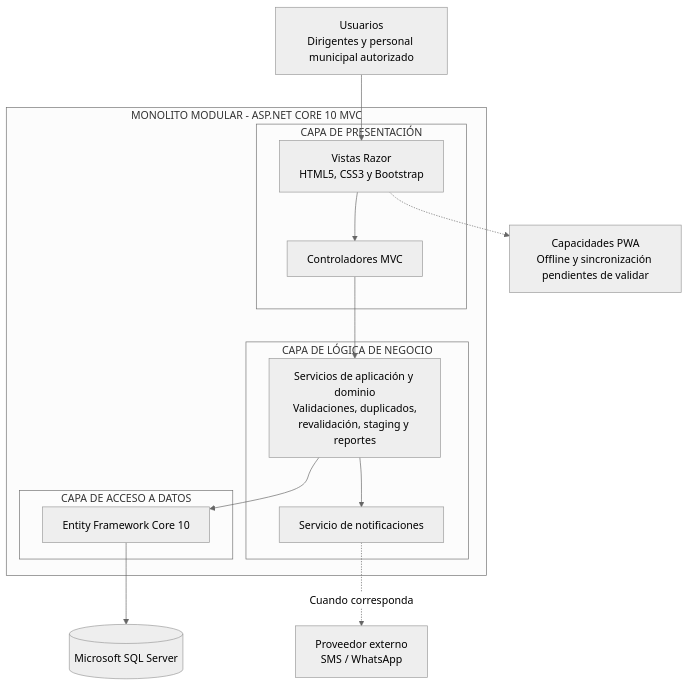
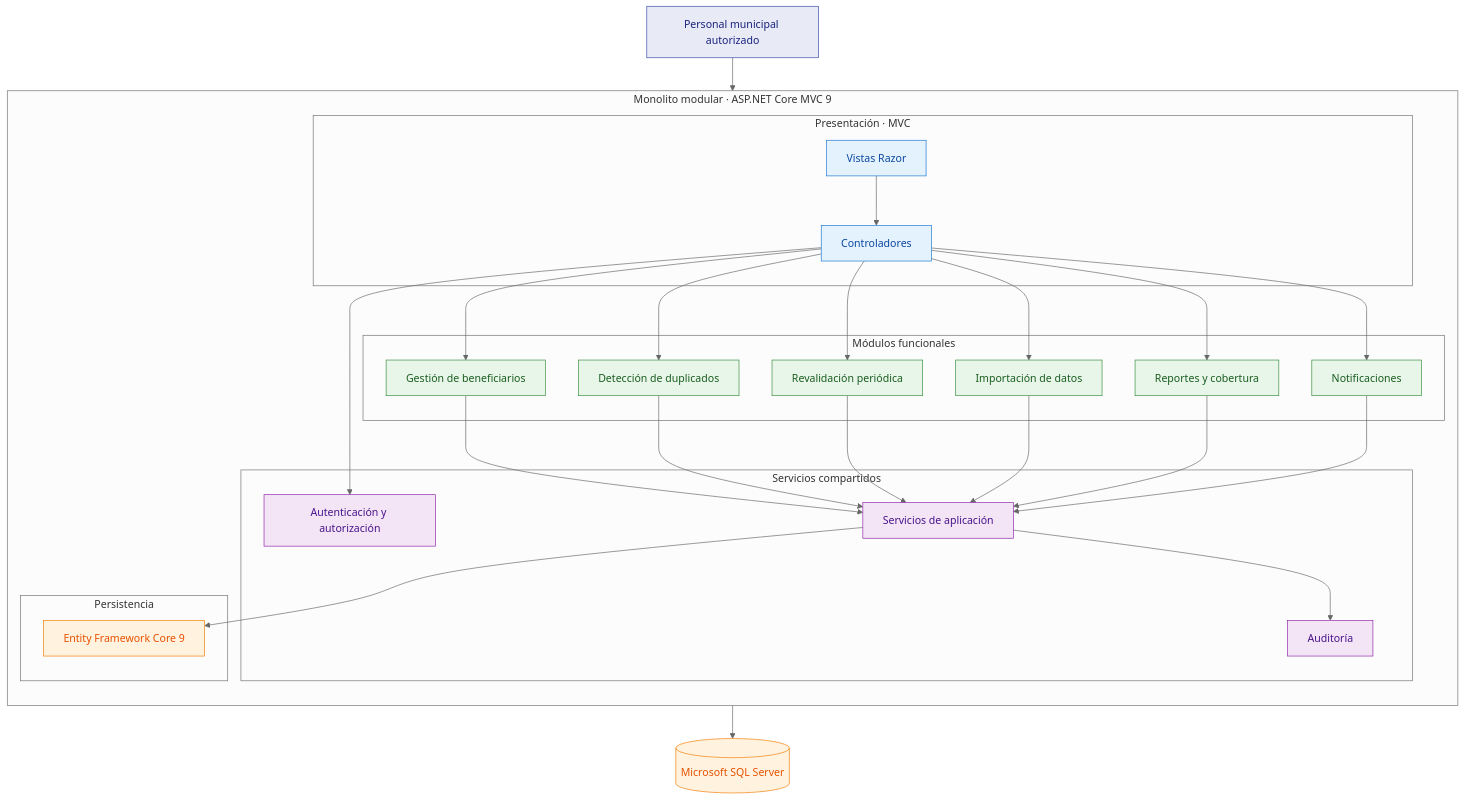
One commit to Yey-Cardenas/Programas-Sociales changed the diagram in arquitectura/estilo-arquitectonico.md. Above: the diagram before and after it, drawn with Mermaid (neutral theme). The commit also changed other lines of this file and 12 other files, not shown here.

````diff
--- a/arquitectura/estilo-arquitectonico.md
+++ b/arquitectura/estilo-arquitectonico.md
@@ -47,33 +87,69 @@
-```mermaid
+```mermaid id="estilo_modular_mvc"
 flowchart TB
-    U["Usuarios<br/>Dirigentes y personal municipal autorizado"]
+    USR["Personal municipal autorizado"]
 
-    subgraph APP["MONOLITO MODULAR - ASP.NET CORE 10 MVC"]
-        subgraph PRESENTACION["CAPA DE PRESENTACIÓN"]
-            V["Vistas Razor<br/>HTML5, CSS3 y Bootstrap"]
-            C["Controladores MVC"]
+    subgraph SISTEMA["Monolito modular · ASP.NET Core MVC 9"]
+        direction TB
+
+        subgraph PRESENTACION["Presentación · MVC"]
+            CTRL["Controladores"]
+            VIEW["Vistas Razor"]
         end
 
-        subgraph NEGOCIO["CAPA DE LÓGICA DE NEGOCIO"]
-            S["Servicios de aplicación y dominio<br/>Validaciones, duplicados,<br/>revalidación, staging y reportes"]
-            N["Servicio de notificaciones"]
+        subgraph FUNCIONAL["Módulos funcionales"]
+            BEN["Gestión de beneficiarios"]
+            DUP["Detección de duplicados"]
+            REVA["Revalidación periódica"]
+            IMP["Importación de datos"]
+            REP["Reportes y cobertura"]
+            NOTI["Notificaciones"]
         end
 
-        subgraph DATOS["CAPA DE ACCESO A DATOS"]
-            D["Entity Framework Core 10"]
+        subgraph COMPARTIDOS["Servicios compartidos"]
+            AUTH["Autenticación y autorización"]
+            AUD["Auditoría"]
+            SERV["Servicios de aplicación"]
+        end
+
+        subgraph PERSISTENCIA["Persistencia"]
+            EF["Entity Framework Core 9"]
         end
     end
 
     DB[("Microsoft SQL Server")]
-    EXT["Proveedor externo<br/>SMS / WhatsApp"]
-    PWA["Capacidades PWA<br/>Offline y sincronización pendientes de validar"]
 
-    U --> V
-    V --> C
-    C --> S
-    S --> D
-    D --> DB
-    S --> N
-    N -.->|"Cuando corresponda"| EXT
-    V -.-> PWA
+    USR --> VIEW
+    VIEW --> CTRL
+
+    CTRL --> BEN
+    CTRL --> DUP
+    CTRL --> REVA
+    CTRL --> IMP
+    CTRL --> REP
+    CTRL --> NOTI
+
+    CTRL --> AUTH
+
+    BEN --> SERV
+    DUP --> SERV
+    REVA --> SERV
+    IMP --> SERV
+    REP --> SERV
+    NOTI --> SERV
+
+    SERV --> AUD
+    SERV --> EF
+    EF --> DB
+
+    classDef actor fill:#E8EAF6,stroke:#3949AB,color:#1A237E
+    classDef presentacion fill:#E3F2FD,stroke:#1976D2,color:#0D47A1
+    classDef funcional fill:#E8F5E9,stroke:#388E3C,color:#1B5E20
+    classDef compartidos fill:#F3E5F5,stroke:#8E24AA,color:#4A148C
+    classDef persistencia fill:#FFF3E0,stroke:#F57C00,color:#E65100
+
+    class USR actor
+    class CTRL,VIEW presentacion
+    class BEN,DUP,REVA,IMP,REP,NOTI funcional
+    class AUTH,AUD,SERV compartidos
+    class EF,DB persistencia
 ```
````
